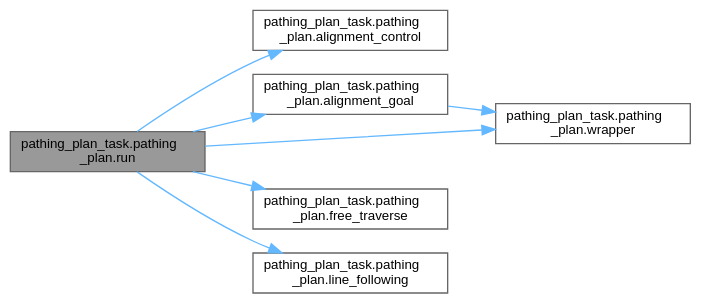
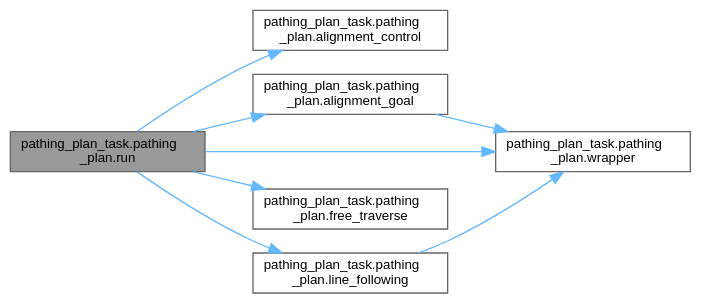
One commit to elheuchert/ME-405-Romi changed the diagram in docs/classpathing__plan__task_1_1pathing__plan_a50ae901bf0f81f3057545b804b84b2a4_cgraph.dot. Above: the diagram before and after it, drawn with Graphviz. The commit also changed 44 other files, not shown here.

```diff
--- a/docs/classpathing__plan__task_1_1pathing__plan_a50ae901bf0f81f3057545b804b84b2a4_cgraph.dot
+++ b/docs/classpathing__plan__task_1_1pathing__plan_a50ae901bf0f81f3057545b804b84b2a4_cgraph.dot
@@ -1,20 +1,21 @@
 digraph "pathing_plan_task.pathing_plan.run"
 {
  // LATEX_PDF_SIZE
   bgcolor="transparent";
   edge [fontname=Helvetica,fontsize=10,labelfontname=Helvetica,labelfontsize=10];
   node [fontname=Helvetica,fontsize=10,shape=box,height=0.2,width=0.4];
   rankdir="LR";
   Node1 [id="Node000001",label="pathing_plan_task.pathing\l_plan.run",height=0.2,width=0.4,color="gray40", fillcolor="grey60", style="filled", fontcolor="black",tooltip=" "];
   Node1 -> Node2 [id="edge1_Node000001_Node000002",color="steelblue1",style="solid",tooltip=" "];
   Node2 [id="Node000002",label="pathing_plan_task.pathing\l_plan.alignment_control",height=0.2,width=0.4,color="grey40", fillcolor="white", style="filled",URL="$classpathing__plan__task_1_1pathing__plan.html#a29b99a247d490f7e9d969d3622cd4500",tooltip=" "];
   Node1 -> Node3 [id="edge2_Node000001_Node000003",color="steelblue1",style="solid",tooltip=" "];
   Node3 [id="Node000003",label="pathing_plan_task.pathing\l_plan.alignment_goal",height=0.2,width=0.4,color="grey40", fillcolor="white", style="filled",URL="$classpathing__plan__task_1_1pathing__plan.html#a7cabe7403a1b005a063a5fd59b557e8e",tooltip=" "];
   Node3 -> Node4 [id="edge3_Node000003_Node000004",color="steelblue1",style="solid",tooltip=" "];
   Node4 [id="Node000004",label="pathing_plan_task.pathing\l_plan.wrapper",height=0.2,width=0.4,color="grey40", fillcolor="white", style="filled",URL="$classpathing__plan__task_1_1pathing__plan.html#ad08c3360eb952dab07e98c69169c43b5",tooltip=" "];
   Node1 -> Node5 [id="edge4_Node000001_Node000005",color="steelblue1",style="solid",tooltip=" "];
   Node5 [id="Node000005",label="pathing_plan_task.pathing\l_plan.free_traverse",height=0.2,width=0.4,color="grey40", fillcolor="white", style="filled",URL="$classpathing__plan__task_1_1pathing__plan.html#a2846b46235f46f34c45cb0d19f18619c",tooltip=" "];
   Node1 -> Node6 [id="edge5_Node000001_Node000006",color="steelblue1",style="solid",tooltip=" "];
   Node6 [id="Node000006",label="pathing_plan_task.pathing\l_plan.line_following",height=0.2,width=0.4,color="grey40", fillcolor="white", style="filled",URL="$classpathing__plan__task_1_1pathing__plan.html#afdc5715b2647cb1fe291cb542f25e686",tooltip=" "];
-  Node1 -> Node4 [id="edge6_Node000001_Node000004",color="steelblue1",style="solid",tooltip=" "];
+  Node6 -> Node4 [id="edge6_Node000006_Node000004",color="steelblue1",style="solid",tooltip=" "];
+  Node1 -> Node4 [id="edge7_Node000001_Node000004",color="steelblue1",style="solid",tooltip=" "];
 }
```
